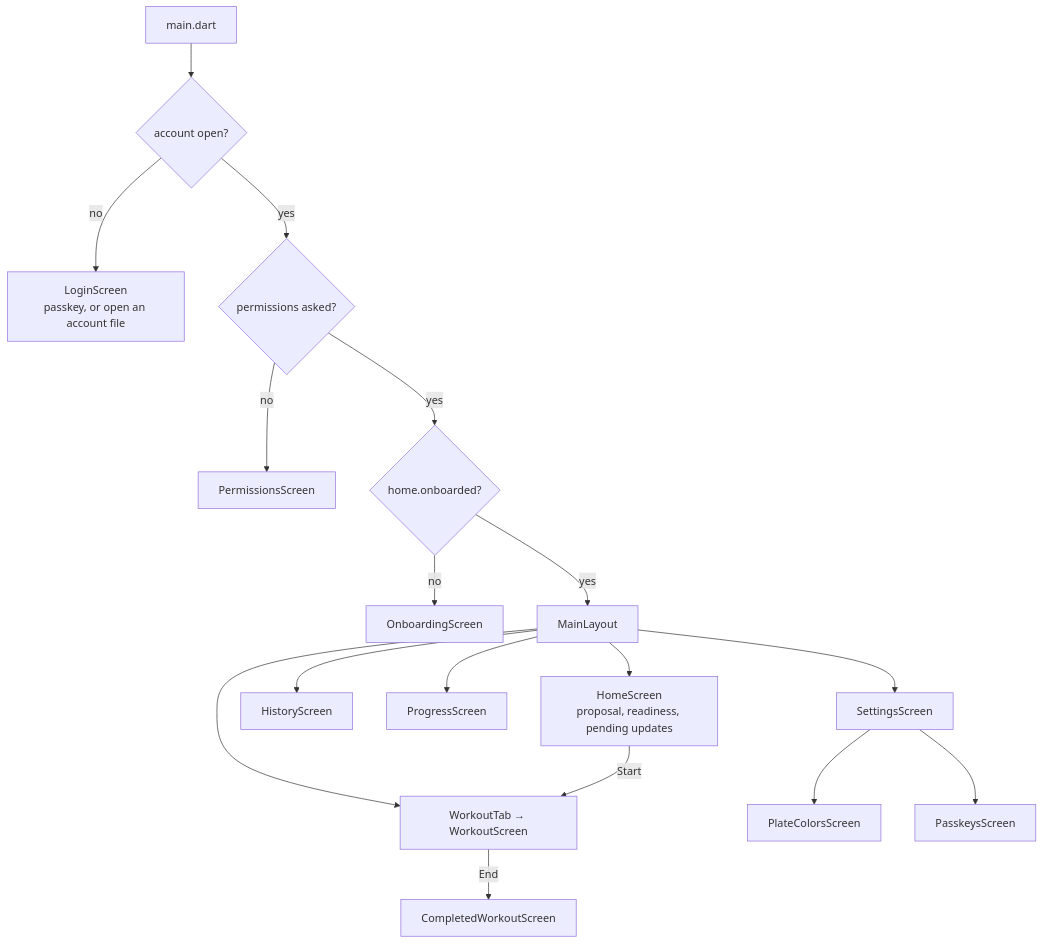
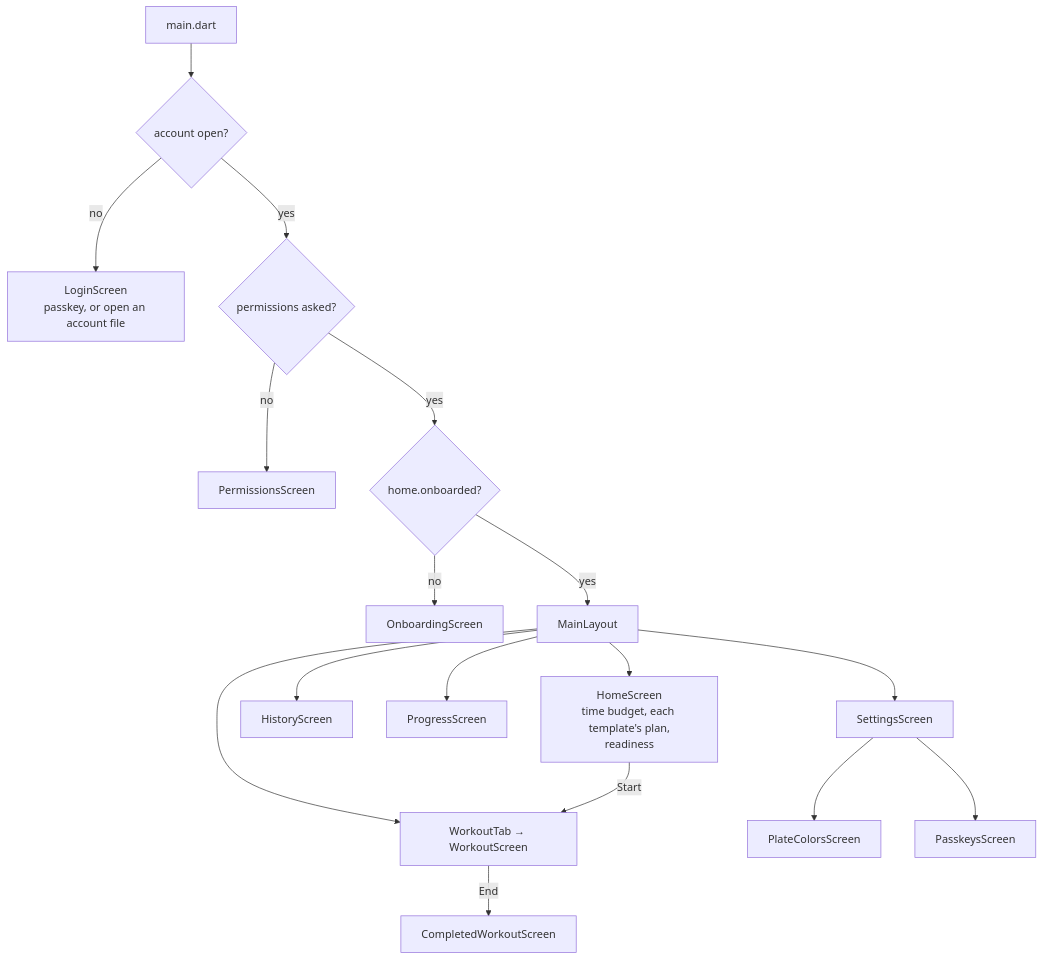
The fifth of 6 diagrams in docs/architecture/app.md (brensch/lift), drawn with Mermaid before and after one commit. The commit also changed other lines of this file and 160 other files, not shown here.

````diff
--- a/docs/architecture/app.md
+++ b/docs/architecture/app.md
@@ -148,21 +151,21 @@
 ```mermaid
 graph TD
     boot["main.dart"] --> auth{"account open?"}
     auth -->|no| login["LoginScreen<br/>passkey, or open an account file"]
     auth -->|yes| perms{"permissions asked?"}
     perms -->|no| permissions["PermissionsScreen"]
     perms -->|yes| onb{"home.onboarded?"}
     onb -->|no| onboarding["OnboardingScreen"]
     onb -->|yes| shell["MainLayout"]
 
-    shell --> home["HomeScreen<br/>proposal, readiness, pending updates"]
+    shell --> home["HomeScreen<br/>time budget, each template's plan,<br/>readiness"]
     shell --> workout["WorkoutTab → WorkoutScreen"]
     shell --> history["HistoryScreen"]
     shell --> progress["ProgressScreen"]
     shell --> settings["SettingsScreen"]
 
     home -->|"Start"| workout
     workout -->|"End"| completed["CompletedWorkoutScreen"]
     settings --> plates["PlateColorsScreen"]
     settings --> passkeys["PasskeysScreen"]
 ```
````
